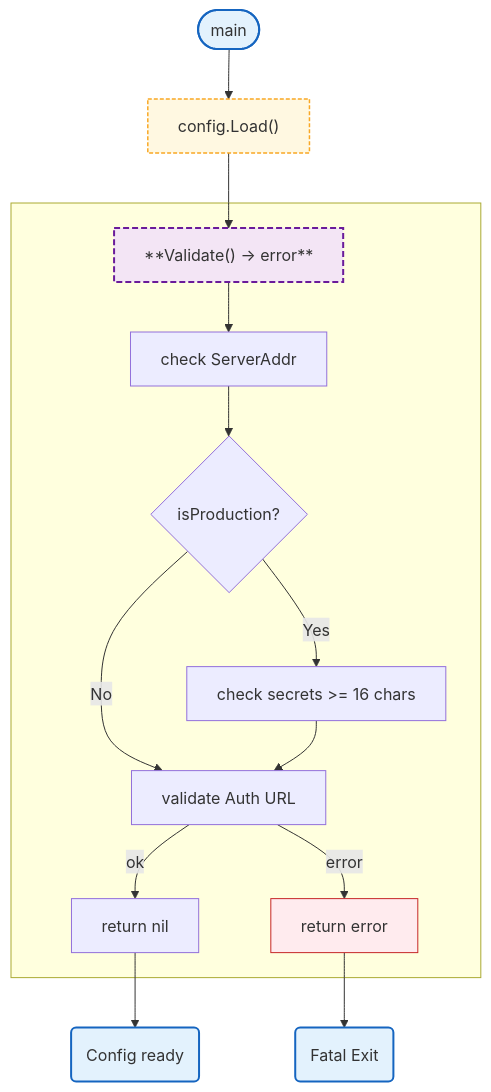
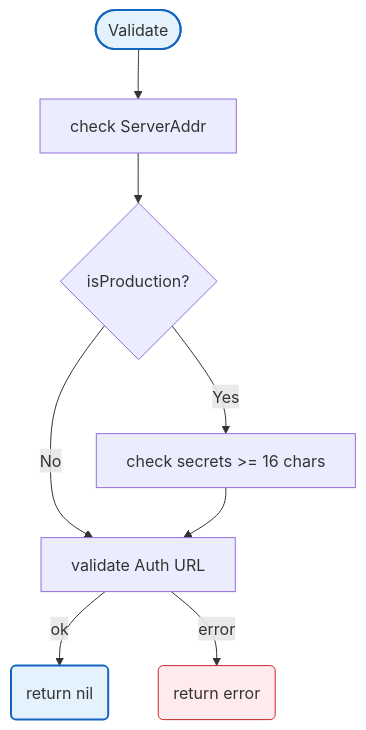
One commit to radch-ai/ava changed the second of 2 diagrams in docs/config/README.md. Above: the diagram before and after it, drawn with Mermaid. The commit also changed other lines of this file and 36 other files, not shown here.

````diff
--- a/docs/config/README.md
+++ b/docs/config/README.md
@@ -7,29 +30,16 @@
 ```mermaid
 flowchart TB
-    Start([main]) --> LoadCfg["config.Load()"]
-    LoadCfg --> HValidate
-
-    subgraph SGValidate [" "]
-        HValidate["**Validate() → error**"]
-        HValidate --> CheckAddr["check ServerAddr"]
-        CheckAddr --> CheckProd{isProduction?}
-        CheckProd -->|Yes| CheckSecrets["check secrets >= 16 chars"]
-        CheckProd -->|No| CheckURL["validate Auth URL"]
-        CheckSecrets --> CheckURL
-        CheckURL -->|ok| ValidNil["return nil"]
-        CheckURL -->|error| ValidErr["return error"]
-    end
-
-    ValidNil --> Done("Config ready")
-    ValidErr --> Fatal("Fatal Exit")
+    Start([Validate]) --> CheckAddr["check ServerAddr"]
+    CheckAddr --> CheckProd{isProduction?}
+    CheckProd -->|Yes| CheckSecrets["check secrets >= 16 chars"]
+    CheckProd -->|No| CheckURL["validate Auth URL"]
+    CheckSecrets --> CheckURL
+    CheckURL -->|ok| DoneOk("return nil")
+    CheckURL -->|error| DoneErr("return error")
 
     classDef mainFn fill:#e3f2fd,stroke:#1565c0,stroke-width:2px
-    classDef internalFn fill:#f3e5f5,stroke:#6a1b9a,stroke-width:2px,stroke-dasharray:6 3
-    classDef localPkgs fill:#fff8e1,stroke:#f9a825,stroke-width:1.5px,stroke-dasharray:4 2
     classDef errorFlow fill:#ffebee,stroke:#c62828,stroke-width:1px
 
-    class Start,Done,Fatal mainFn
-    class LoadCfg localPkgs
-    class HValidate internalFn
-    class ValidErr errorFlow
+    class Start,DoneOk mainFn
+    class DoneErr errorFlow
 ```
````
